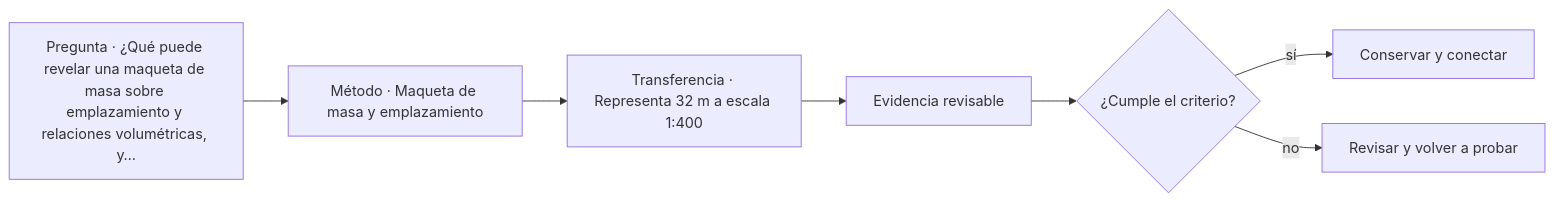
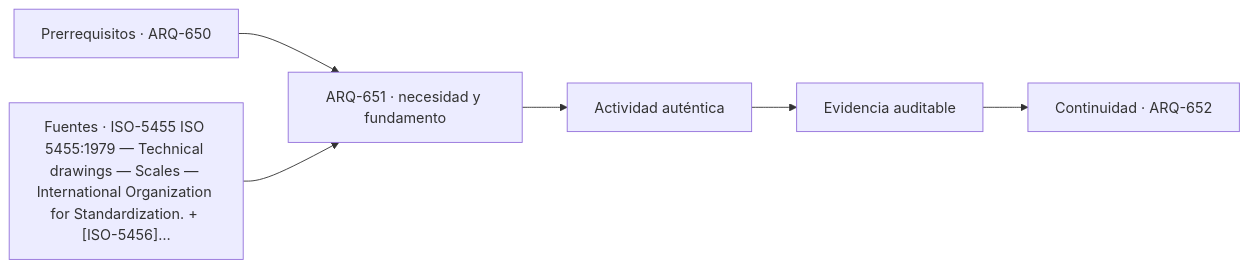
One commit to vladimiracunadev-create/architecture-built-environment-learning-program changed the diagram in classes/parte-66/ARQ-651.md. Above: the diagram before and after it, drawn with Mermaid. The commit also changed other lines of this file and 761 other files, not shown here.

````diff
--- a/classes/parte-66/ARQ-651.md
+++ b/classes/parte-66/ARQ-651.md
@@ -66,9 +78,8 @@
 ```mermaid
 flowchart LR
-    Q["Pregunta · ¿Qué puede revelar una maqueta de masa sobre emplazamiento y relaciones volumétricas, y…"] --> M["Método · Maqueta de masa y emplazamiento"]
-    M --> P["Transferencia · Representa 32 m a escala 1:400"]
-    P --> E["Evidencia revisable"]
-    E --> C{"¿Cumple el criterio?"}
-    C -->|sí| T["Conservar y conectar"]
-    C -->|no| R["Revisar y volver a probar"]
+    A["Prerrequisitos · ARQ-650"] --> B["ARQ-651 · necesidad y fundamento"]
+    S["Fuentes · ISO-5455 ISO 5455:1979 — Technical drawings — Scales — International Organization for Standardization. + [ISO-5456]…"] --> B
+    B --> C["Actividad auténtica"]
+    C --> D["Evidencia auditable"]
+    D --> E["Continuidad · ARQ-652"]
 ```
````
